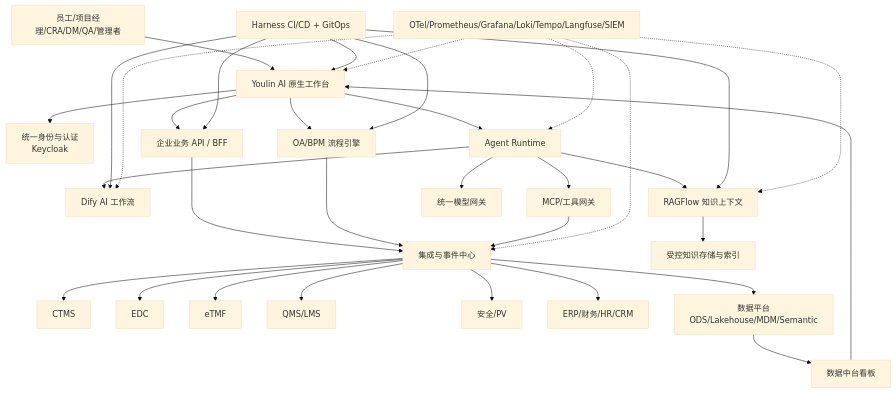
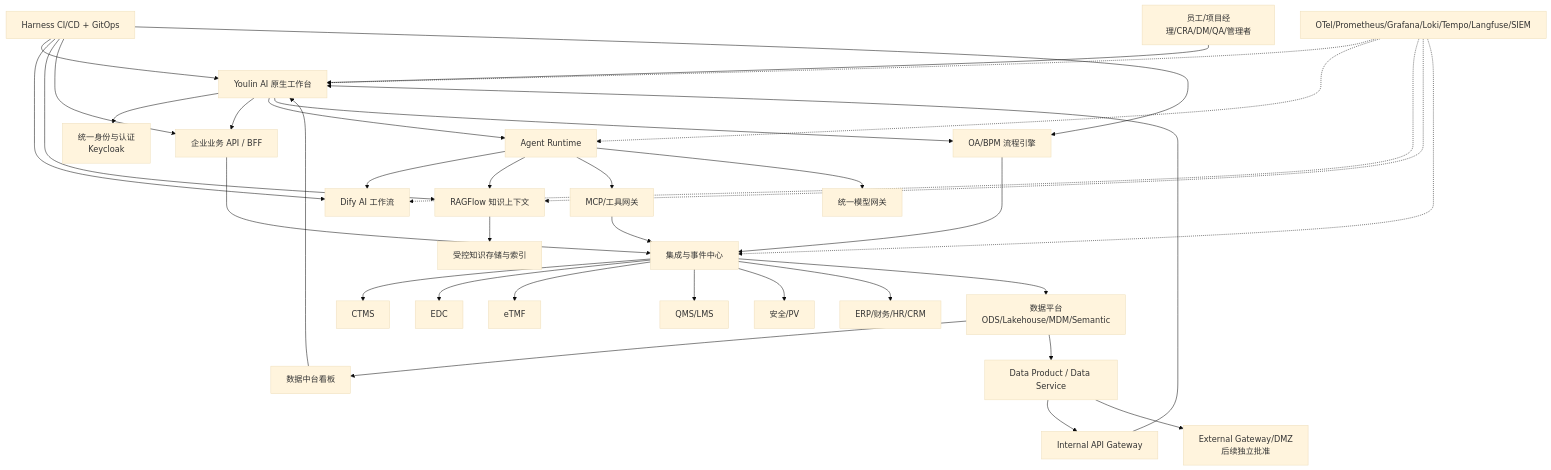
Before and after one commit to bestNiu/lobe-chat: the second of 6 diagrams in docs/youlin-enterprise-ai-platform/01-cro-ai-native-workbench-strategy.md, drawn with Mermaid (base theme). The commit also changed other lines of this file and 10 other files, not shown here.

````diff
--- a/docs/youlin-enterprise-ai-platform/01-cro-ai-native-workbench-strategy.md
+++ b/docs/youlin-enterprise-ai-platform/01-cro-ai-native-workbench-strategy.md
@@ -402,41 +403,45 @@
 ```mermaid
 flowchart TB
   U[员工/项目经理/CRA/DM/QA/管理者] --> W[Youlin AI 原生工作台]
   W --> IAM[统一身份与认证\nKeycloak]
   W --> BFF[企业业务 API / BFF]
   W --> AR[Agent Runtime]
   W --> BPM[OA/BPM 流程引擎]
 
   AR --> DIF[Dify AI 工作流]
   AR --> RAG[RAGFlow 知识上下文]
   AR --> MCP[MCP/工具网关]
   AR --> MG[统一模型网关]
 
   BFF --> HUB[集成与事件中心]
   BPM --> HUB
   MCP --> HUB
 
   HUB --> CTMS[CTMS]
   HUB --> EDC[EDC]
   HUB --> ETMF[eTMF]
   HUB --> QMS[QMS/LMS]
   HUB --> PV[安全/PV]
   HUB --> ERP[ERP/财务/HR/CRM]
 
   HUB --> DP[数据平台\nODS/Lakehouse/MDM/Semantic]
   RAG --> KS[受控知识存储与索引]
   DP --> BI[数据中台看板]
+  DP --> DS[Data Product / Data Service]
+  DS --> IAG[Internal API Gateway]
+  DS --> EAG[External Gateway/DMZ\n后续独立批准]
   BI --> W
+  IAG --> W
 
   HC[Harness CI/CD + GitOps] --> W
   HC --> DIF
   HC --> RAG
   HC --> BFF
   HC --> BPM
 
   OBS[OTel/Prometheus/Grafana/Loki/Tempo/Langfuse/SIEM] -.-> W
   OBS -.-> AR
   OBS -.-> DIF
   OBS -.-> RAG
   OBS -.-> HUB
 ```
````
